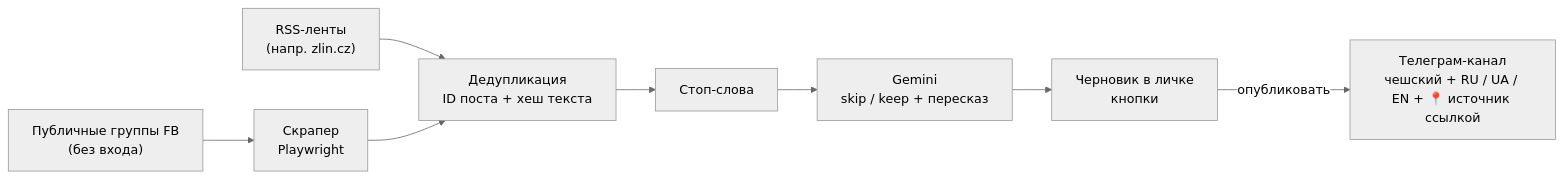
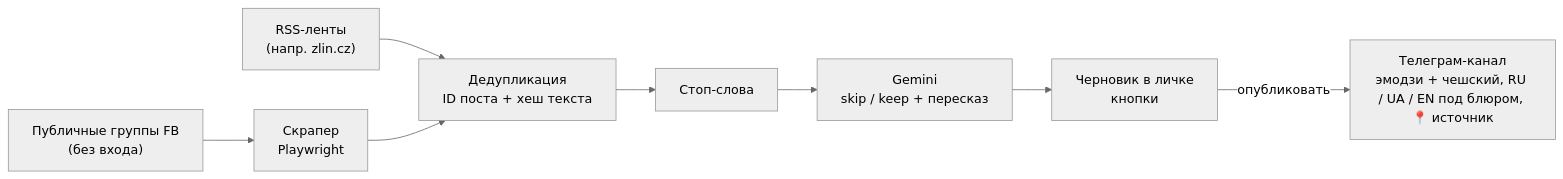
Before and after one commit to S1gnes/zlin: the diagram in README.md, drawn with Mermaid (neutral theme). The commit also changed other lines of this file and 7 other files, not shown here.

````diff
--- a/README.md
+++ b/README.md
@@ -17,10 +17,10 @@
 ```mermaid
 flowchart LR
     FB["Публичные группы FB<br/>(без входа)"] --> S["Скрапер<br/>Playwright"]
     RSS["RSS-ленты<br/>(напр. zlin.cz)"] --> D
     S --> D["Дедупликация<br/>ID поста + хеш текста"]
     D --> F["Стоп-слова"]
     F --> G["Gemini<br/>skip / keep + пересказ"]
     G --> A["Черновик в личке<br/>кнопки"]
-    A -->|опубликовать| C["Телеграм-канал<br/>чешский + RU / UA / EN + 📍 источник ссылкой"]
+    A -->|опубликовать| C["Телеграм-канал<br/>эмодзи + чешский, RU / UA / EN под блюром, 📍 источник"]
 ```
````
